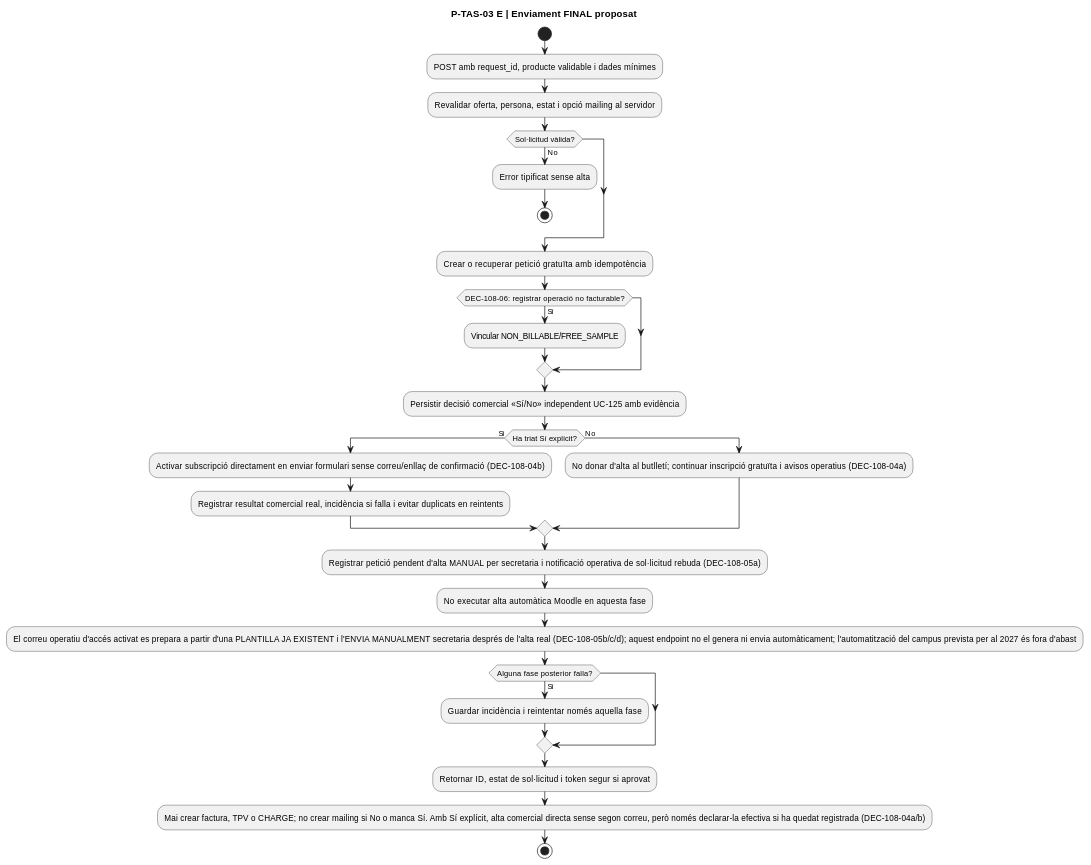
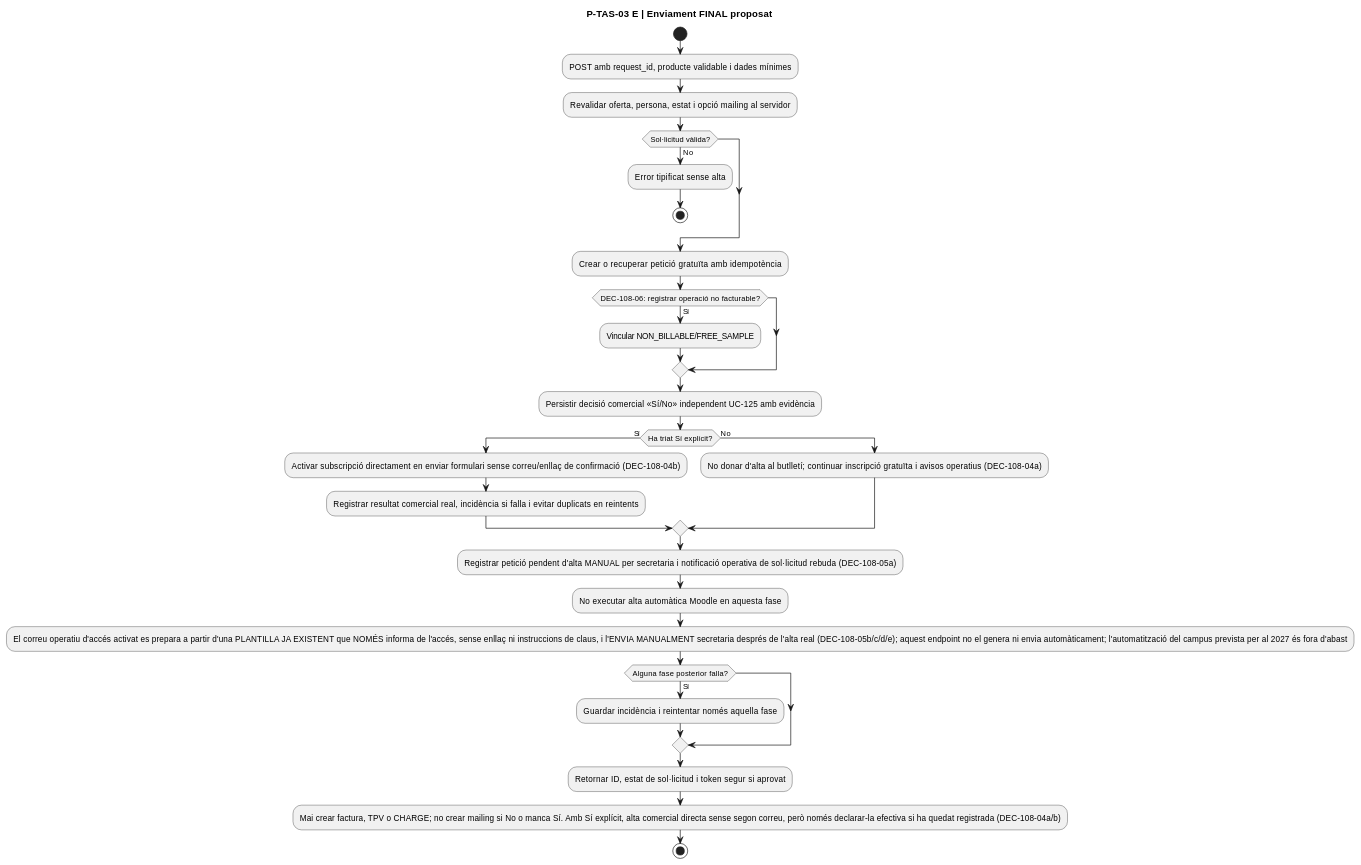
One commit to orgmeriemprismacat-del/verifactu changed diagram 26 of 32 in documentacio/07-uml-integrat/uc-108-activitats-pagines-tastets-actual-final.md. Above: the diagram before and after it, drawn with PlantUML. The commit also changed other lines of this file, not shown here.

Commit message:
docs(uc-108): email only announces access; existing users keep keys, new users receive keys at campus onboarding

````diff
--- a/documentacio/07-uml-integrat/uc-108-activitats-pagines-tastets-actual-final.md
+++ b/documentacio/07-uml-integrat/uc-108-activitats-pagines-tastets-actual-final.md
@@ -639,32 +639,32 @@
 ```plantuml
 @startuml
 title P-TAS-03 E | Enviament FINAL proposat
 start
 :POST amb request_id, producte validable i dades mínimes;
 :Revalidar oferta, persona, estat i opció mailing al servidor;
 if (Sol·licitud vàlida?) then (No)
   :Error tipificat sense alta;
   stop
 endif
 :Crear o recuperar petició gratuïta amb idempotència;
 if (DEC-108-06: registrar operació no facturable?) then (Sí)
   :Vincular NON_BILLABLE/FREE_SAMPLE;
 endif
 :Persistir decisió comercial «Sí/No» independent UC-125 amb evidència;
 if (Ha triat Sí explícit?) then (Sí)
   :Activar subscripció directament en enviar formulari sense correu/enllaç de confirmació (DEC-108-04b);
   :Registrar resultat comercial real, incidència si falla i evitar duplicats en reintents;
 else (No)
   :No donar d'alta al butlletí; continuar inscripció gratuïta i avisos operatius (DEC-108-04a);
 endif
 :Registrar petició pendent d'alta MANUAL per secretaria i notificació operativa de sol·licitud rebuda (DEC-108-05a);
 :No executar alta automàtica Moodle en aquesta fase;
-:El correu operatiu d'accés activat es prepara a partir d'una PLANTILLA JA EXISTENT i l'ENVIA MANUALMENT secretaria després de l'alta real (DEC-108-05b/c/d); aquest endpoint no el genera ni envia automàticament; l'automatització del campus prevista per al 2027 és fora d'abast;
+:El correu operatiu d'accés activat es prepara a partir d'una PLANTILLA JA EXISTENT que NOMÉS informa de l'accés, sense enllaç ni instruccions de claus, i l'ENVIA MANUALMENT secretaria després de l'alta real (DEC-108-05b/c/d/e); aquest endpoint no el genera ni envia automàticament; l'automatització del campus prevista per al 2027 és fora d'abast;
 if (Alguna fase posterior falla?) then (Sí)
   :Guardar incidència i reintentar només aquella fase;
 endif
 :Retornar ID, estat de sol·licitud i token segur si aprovat;
 :Mai crear factura, TPV o CHARGE; no crear mailing si No o manca Sí. Amb Sí explícit, alta comercial directa sense segon correu, però només declarar-la efectiva si ha quedat registrada (DEC-108-04a/b);
 stop
 @enduml
 ```
````
